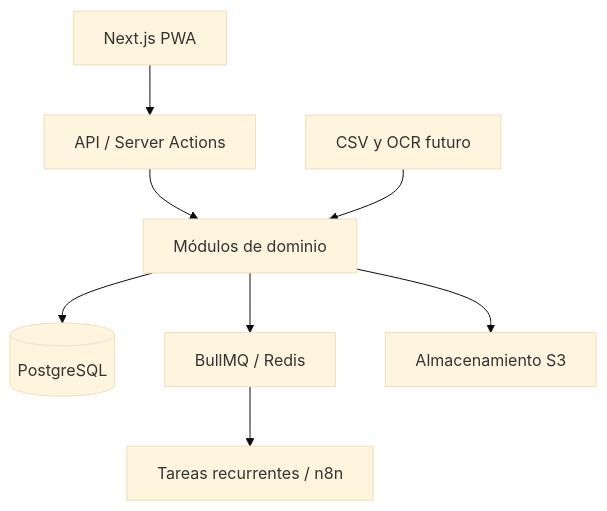
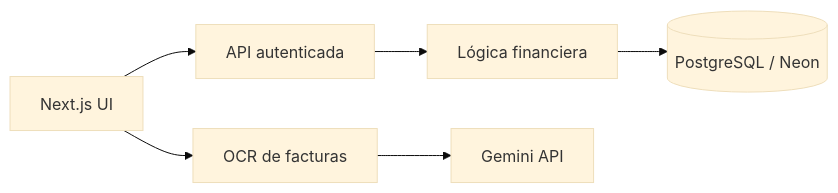
One commit to Felipyan19/RutaSaldo changed the diagram in README.md. Above: the diagram before and after it, drawn with Mermaid (base theme). The commit also changed other lines of this file, not shown here.

````diff
--- a/README.md
+++ b/README.md
@@ -105,10 +140,8 @@
 ```mermaid
-flowchart TB
-    Client["Next.js PWA"] --> API["API / Server Actions"]
-    API --> Modules["Módulos de dominio"]
-    Modules --> DB[("PostgreSQL")]
-    Modules --> Queue["BullMQ / Redis"]
-    Modules --> Storage["Almacenamiento S3"]
-    Import["CSV y OCR futuro"] --> Modules
-    Queue --> Automation["Tareas recurrentes / n8n"]
+flowchart LR
+    UI[Next.js UI] --> API[API autenticada]
+    API --> Domain[Lógica financiera]
+    Domain --> DB[(PostgreSQL / Neon)]
+    UI --> OCR[OCR de facturas]
+    OCR --> Gemini[Gemini API]
 ```
````
